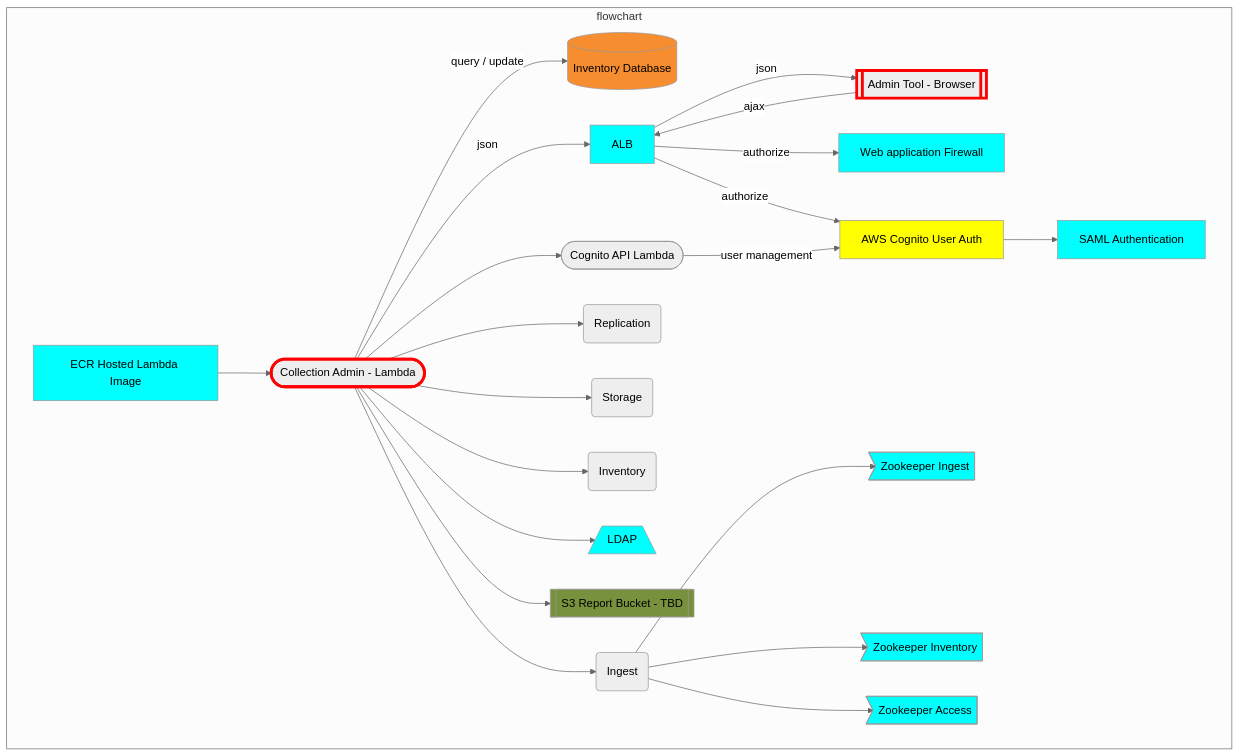
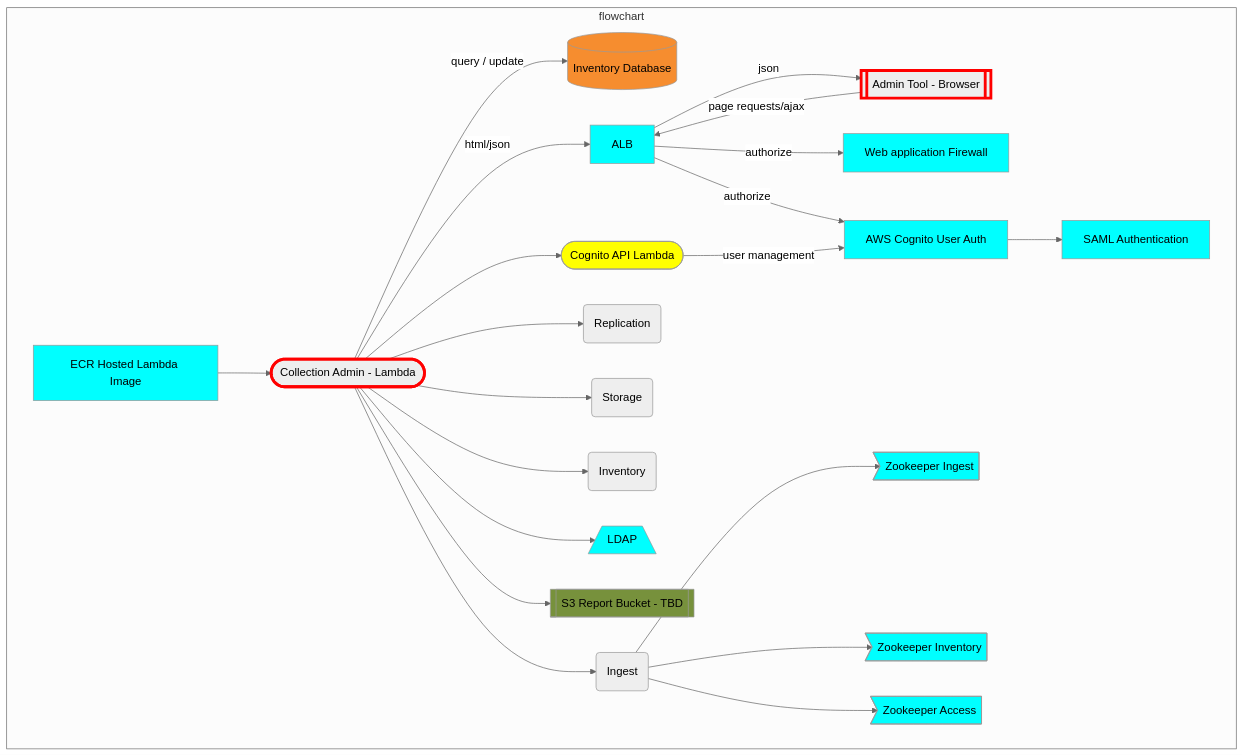
Before and after one commit to CDLUC3/mrt-doc: the diagram in diagrams/colladmin.mmd, drawn with Mermaid. The commit also changed 1 other file, not shown here.

Commit message:
diagram updates

```diff
--- a/diagrams/colladmin.mmd
+++ b/diagrams/colladmin.mmd
@@ -1,61 +1,61 @@
 %%{init: {'theme': 'neutral', 'securityLevel': 'loose'}}%%
 graph TD
   RDSINV[(Inventory Database)]
   COLLADMIN([Collection Admin - Lambda])
   click COLLADMIN href "https://github.com/CDLUC3/mrt-admin-lambda" "source code"
   ADMINWEB[[Admin Tool - Browser]]
   click ADMINWEB href "https://github.com/CDLUC3/mrt-admin-lambda" "source code"
   COGLAMB([Cognito API Lambda])
   click COGLAMB href "https://github.com/CDLUC3/mrt-admin-lambda/cognito-lambda-nonvpc" "source code"
   WAF[Web application Firewall]
   COG[AWS Cognito User Auth]
   SAML[SAML Authentication]
   ECR[ECR Hosted Lambda Image]
   ING(Ingest)
   INV(Inventory)
   STORE(Storage)
   REP(Replication)
   click ING href "https://github.com/CDLUC3/mrt-ingest" "source code"
   ZOOING>Zookeeper Ingest]
   click ZOOING href "https://github.com/CDLUC3/mrt-zoo" "source code"
   LDAP[/LDAP\]
   ZOOINV>Zookeeper Inventory]
   ZOOACC>Zookeeper Access]
   S3RPT[[S3 Report Bucket - TBD]]
 
   subgraph flowchart
     COLLADMIN --> |"query / update"| RDSINV
-    COLLADMIN --> |json| ALB
-    ADMINWEB --> |ajax| ALB
+    COLLADMIN --> |html/json| ALB
+    ADMINWEB --> |page requests/ajax| ALB
     ALB --> |json| ADMINWEB
     ALB --> |authorize| WAF
     ALB --> |authorize| COG
     ECR --> COLLADMIN
     COLLADMIN --> ING
     COLLADMIN --> REP
     COLLADMIN --> STORE
     COLLADMIN --> INV
     COLLADMIN --> LDAP
     COLLADMIN --> S3RPT
     COLLADMIN --> COGLAMB
     COGLAMB --> |user management| COG
     COG --> SAML
     ING --> ZOOING
     ING --> ZOOINV
     ING --> ZOOACC
   end
   
   style RDSINV fill:#F68D2F
   style COLLADMIN stroke:red,stroke-width:4px
   style ADMINWEB stroke:red,stroke-width:4px
   style ALB fill:cyan
   style WAF fill:cyan
   style COG fill:cyan
   style ECR fill:cyan
   style ZOOING fill:cyan
   style ZOOINV fill:cyan
   style ZOOACC fill:cyan
   style LDAP fill:cyan
   style S3RPT fill:#77913C
   style SAML fill:cyan
-  style COG fill:yellow
+  style COGLAMB fill:yellow
```
